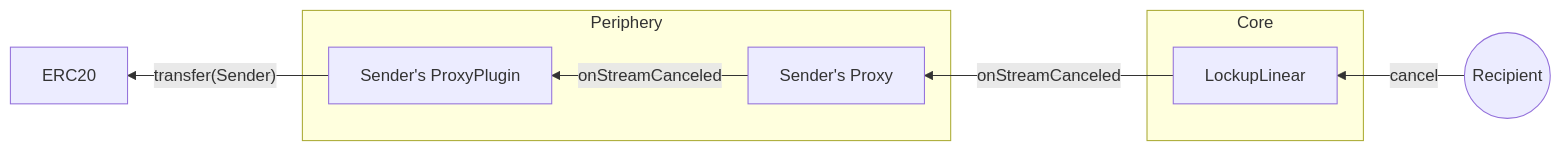
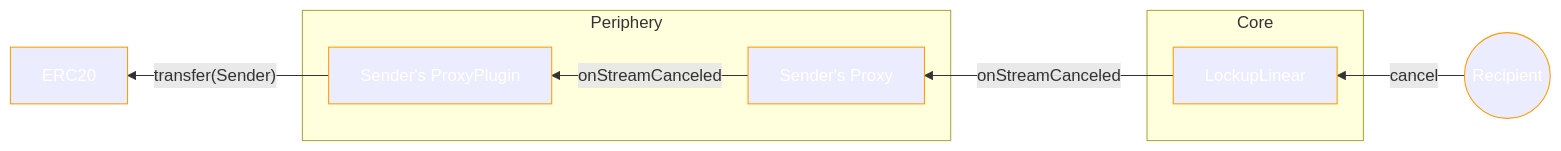
One commit to sablier-labs/docs changed the eighth of 8 diagrams in docs/contracts/v2/reference/02-diagrams.md. Above: the diagram before and after it, drawn with Mermaid. The commit also changed other lines of this file, not shown here.

````diff
--- a/docs/contracts/v2/reference/02-diagrams.md
+++ b/docs/contracts/v2/reference/02-diagrams.md
@@ -184,16 +194,18 @@
 ```mermaid
 flowchart RL
+	classDef object stroke:#ff9C00,color:#ffffff;
   subgraph Periphery
     P[Sender's Proxy]
     PP[Sender's ProxyPlugin]
   end
   subgraph Core
     LL[LockupLinear]
   end
   R((Recipient))
   E[ERC20]
   R -- "cancel" --> LL
   LL -- "onStreamCanceled" --> P
   P -- "onStreamCanceled" --> PP
   PP -- "transfer(Sender)" --> E
+	class R,E,LL,P,PP object;
 ```
````
